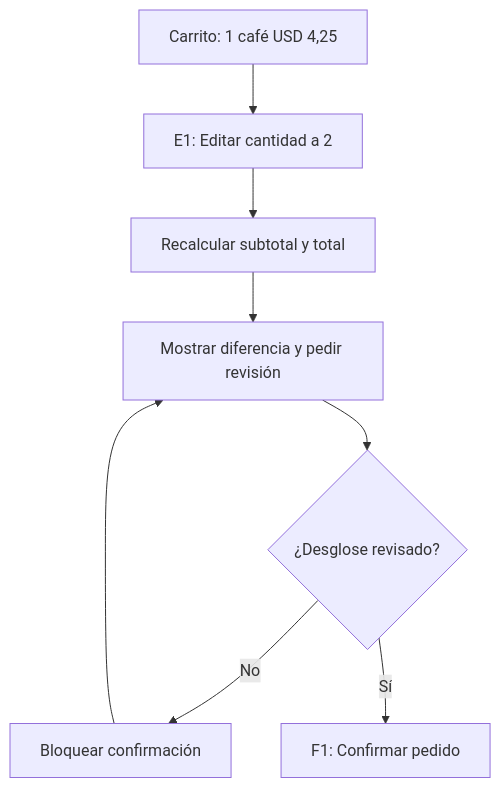
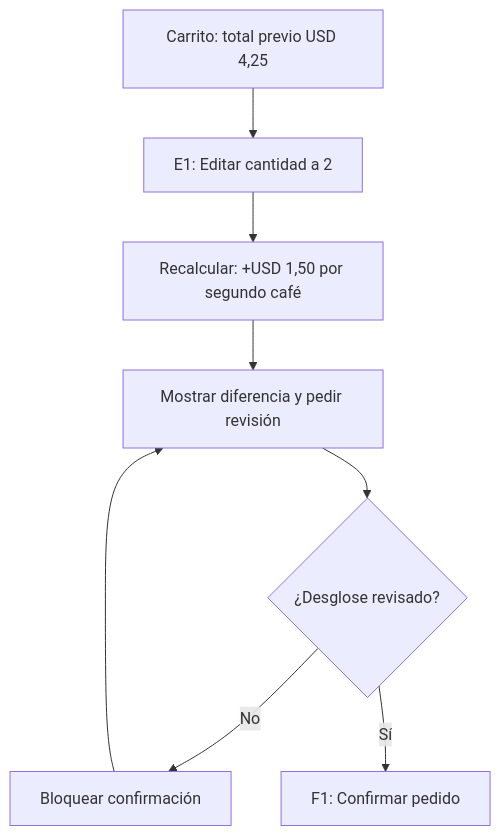
The diagram in incidencias/preparacion/flujos/IHC-A-01-R7.mmd (EMILIOABRIL05/Prueba_01_IHC_Parcial2), drawn with Mermaid before and after one commit. The commit also changed 3 other files, not shown here.

```diff
--- a/incidencias/preparacion/flujos/IHC-A-01-R7.mmd
+++ b/incidencias/preparacion/flujos/IHC-A-01-R7.mmd
@@ -1,8 +1,8 @@
 flowchart TD
-A["Carrito: 1 café USD 4,25"] --> B["E1: Editar cantidad a 2"]
-B --> C["Recalcular subtotal y total"]
+A["Carrito: total previo USD 4,25"] --> B["E1: Editar cantidad a 2"]
+B --> C["Recalcular: +USD 1,50 por segundo café"]
 C --> D["Mostrar diferencia y pedir revisión"]
 D --> E{"¿Desglose revisado?"}
 E -->|No| F["Bloquear confirmación"]
 F --> D
 E -->|Sí| G["F1: Confirmar pedido"]
```
